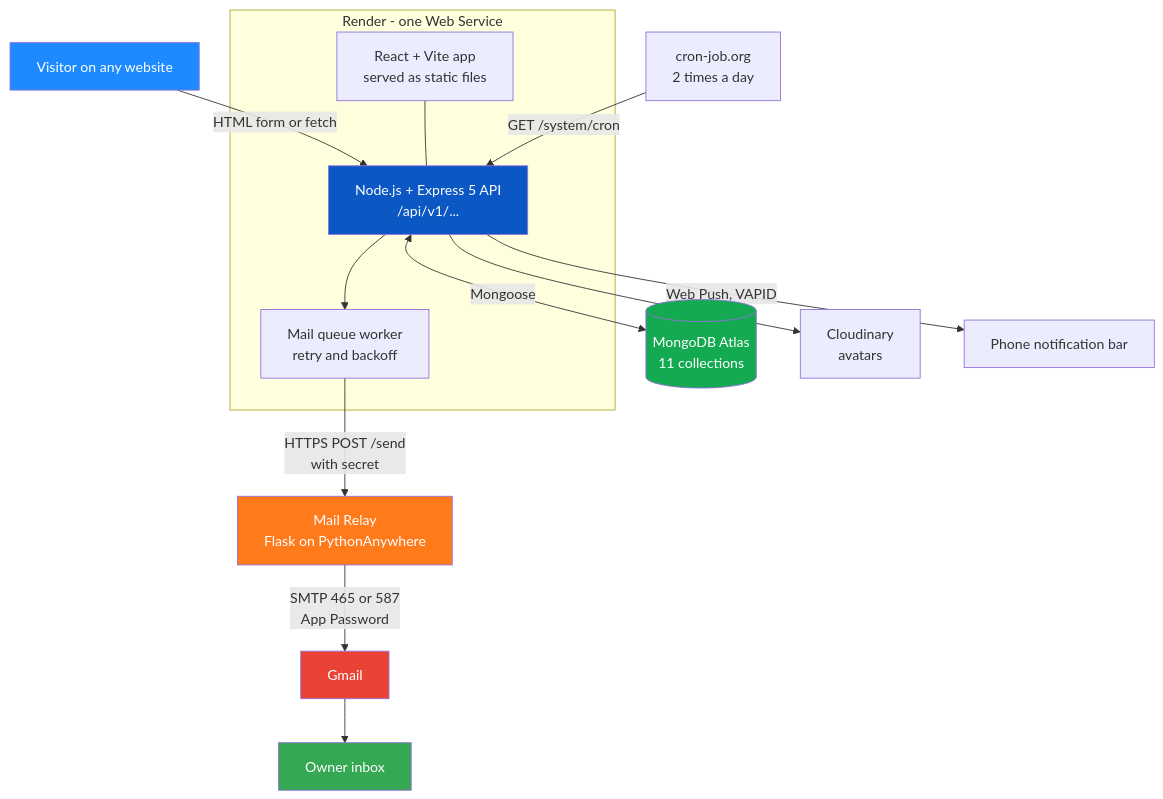
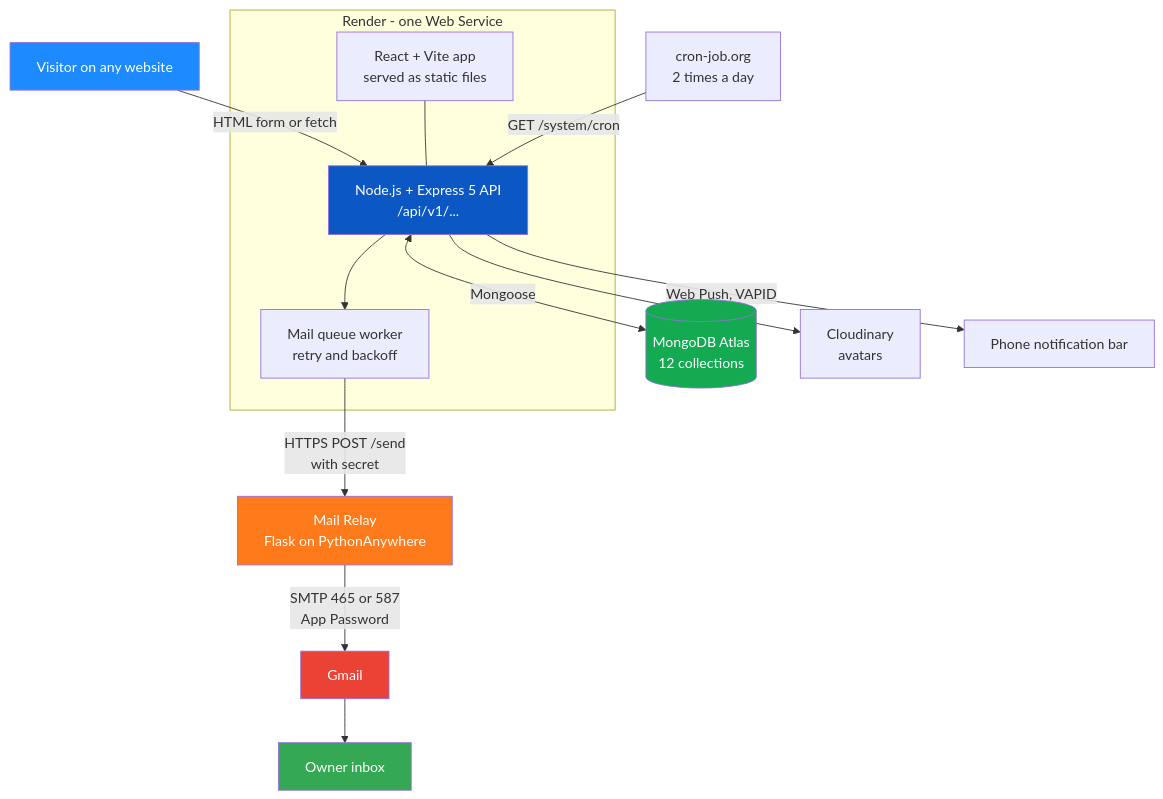
The first of 5 diagrams in README.md (duttaanubhab777-code/Email-Sender), drawn with Mermaid before and after one commit. The commit also changed other lines of this file and 10 other files, not shown here.

````diff
--- a/README.md
+++ b/README.md
@@ -213,24 +242,24 @@
 ```mermaid
 graph TD
     V["Visitor on any website"] -->|"HTML form or fetch"| API
     subgraph R["Render - one Web Service"]
         FE["React + Vite app<br/>served as static files"]
         API["Node.js + Express 5 API<br/>/api/v1/..."]
         Q["Mail queue worker<br/>retry and backoff"]
         FE --- API
         API --> Q
     end
-    API <-->|"Mongoose"| DB[("MongoDB Atlas<br/>11 collections")]
+    API <-->|"Mongoose"| DB[("MongoDB Atlas<br/>12 collections")]
     Q -->|"HTTPS POST /send<br/>with secret"| RL["Mail Relay<br/>Flask on PythonAnywhere"]
     RL -->|"SMTP 465 or 587<br/>App Password"| GM["Gmail"]
     GM --> IN["Owner inbox"]
     API --> CL["Cloudinary<br/>avatars"]
     API -->|"Web Push, VAPID"| PH["Phone notification bar"]
     CRON["cron-job.org<br/>2 times a day"] -->|"GET /system/cron"| API
     style V fill:#1d8bff,color:#fff
     style API fill:#0b57c4,color:#fff
     style DB fill:#13aa52,color:#fff
     style RL fill:#ff7a1a,color:#fff
     style GM fill:#ea4335,color:#fff
     style IN fill:#34a853,color:#fff
 ```
````
